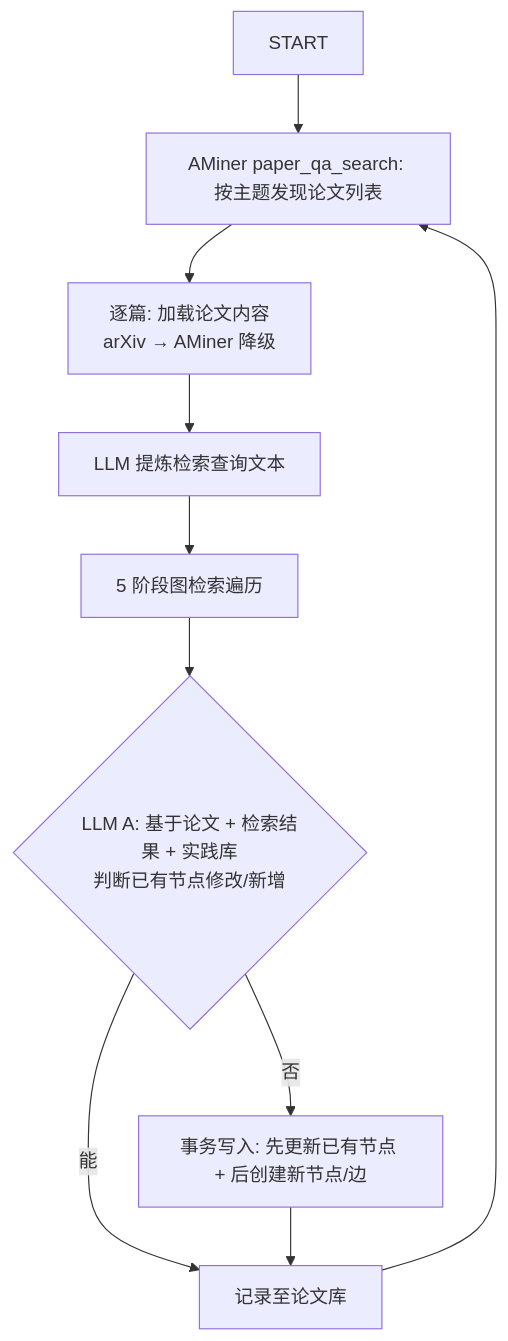
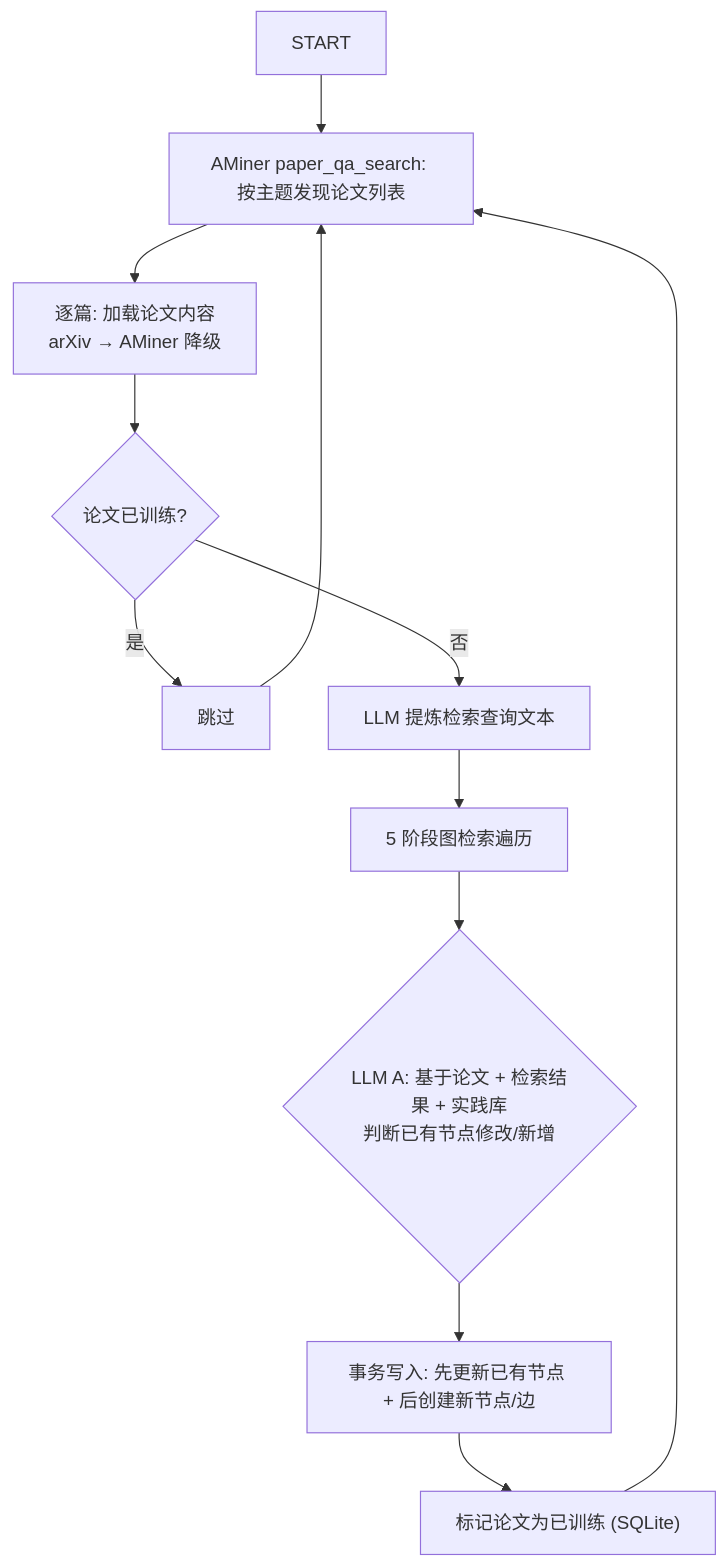
Before and after one commit to cheanus/IdeaForgeX: the first of 2 diagrams in docs/design.md, drawn with Mermaid. The commit also changed other lines of this file and 9 other files, not shown here.

First line of the commit message:
feat: 论文库从 Neo4j PaperRecord 迁移到 SQLite，新增训练前去重检查

````diff
--- a/docs/design.md
+++ b/docs/design.md
@@ -54,13 +54,15 @@
 ```mermaid
 flowchart TD
     S["START"]
     S --> D["AMiner paper_qa_search: 按主题发现论文列表"]
     D --> P1["逐篇: 加载论文内容<br/>arXiv → AMiner 降级"]
-    P1 --> GEN["LLM 提炼检索查询文本"]
+    P1 --> DUP{"论文已训练?"}
+    DUP -->|是| SKIP["跳过"]
+    SKIP --> D
+    DUP -->|否| GEN["LLM 提炼检索查询文本"]
     GEN --> RET["5 阶段图检索遍历"]
     RET --> A1{"LLM A: 基于论文 + 检索结果 + 实践库<br/>判断已有节点修改/新增"}
-    A1 -->|能| PAPER["记录至论文库"]
-    PAPER --> D
-    A1 -->|否| COMMIT["事务写入: 先更新已有节点 + 后创建新节点/边"]
-    COMMIT --> PAPER
+    A1 --> COMMIT["事务写入: 先更新已有节点 + 后创建新节点/边"]
+    COMMIT --> MARK["标记论文为已训练 (SQLite)"]
+    MARK --> D
 ```
````
